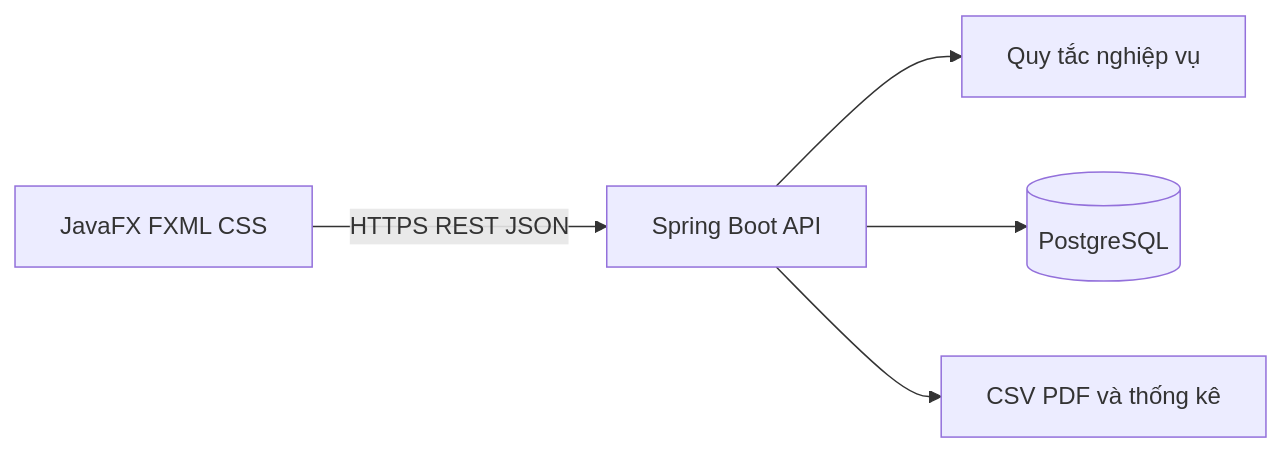
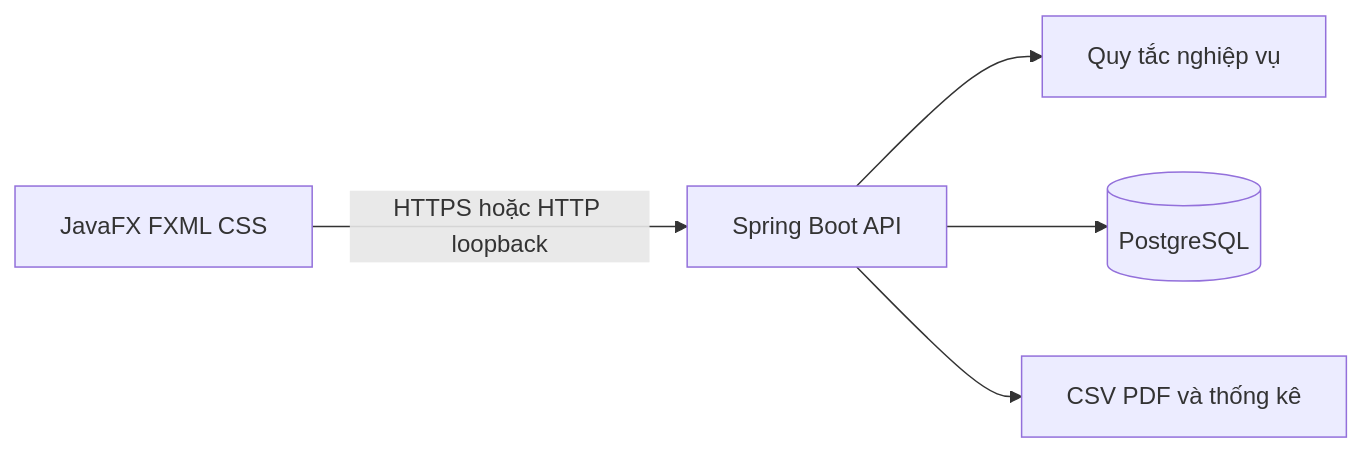
Before and after one commit to BoyTay/BankingApp: the diagram in docs/architecture.md, drawn with Mermaid. The commit also changed other lines of this file and 12 other files, not shown here.

Commit message:
Make admin grants idempotent and require HTTPS off loopback

````diff
--- a/docs/architecture.md
+++ b/docs/architecture.md
@@ -13,7 +13,7 @@
 ```mermaid
 flowchart LR
-    UI[JavaFX FXML CSS] -->|HTTPS REST JSON| API[Spring Boot API]
+    UI[JavaFX FXML CSS] -->|HTTPS hoặc HTTP loopback| API[Spring Boot API]
     API --> Domain[Quy tắc nghiệp vụ]
     API --> DB[(PostgreSQL)]
     API --> Reports[CSV PDF và thống kê]
 ```
````
